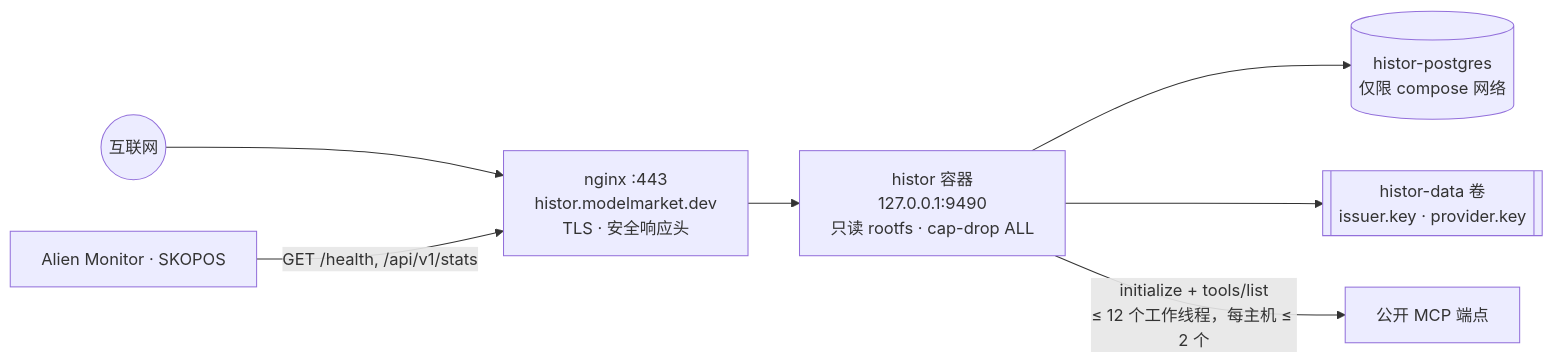
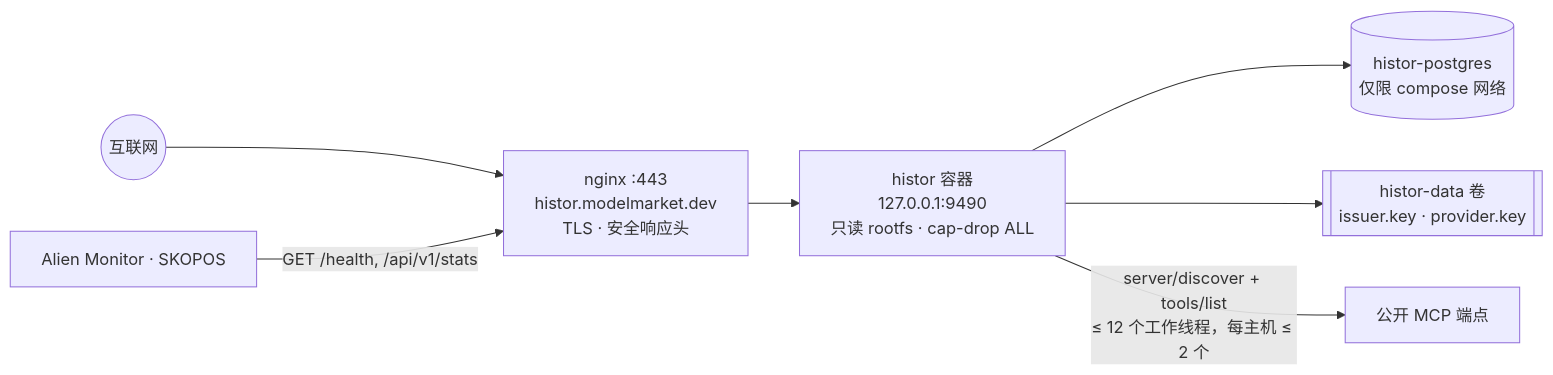
Before and after one commit to alexar76/histor: the first of 3 diagrams in docs/operations.zh.md, drawn with Mermaid. The commit also changed other lines of this file and 78 other files, not shown here.

````diff
--- a/docs/operations.zh.md
+++ b/docs/operations.zh.md
@@ -7,9 +7,9 @@
 ```mermaid
 flowchart LR
     NET(("互联网")) --> NGINX["nginx :443<br/>histor.modelmarket.dev<br/>TLS · 安全响应头"]
     NGINX --> APP["histor 容器<br/>127.0.0.1:9490<br/>只读 rootfs · cap-drop ALL"]
     APP --> PG[("histor-postgres<br/>仅限 compose 网络")]
     APP --> VOL[["histor-data 卷<br/>issuer.key · provider.key"]]
-    APP -- "initialize + tools/list<br/>≤ 12 个工作线程，每主机 ≤ 2 个" --> MCP["公开 MCP 端点"]
+    APP -- "server/discover + tools/list<br/>≤ 12 个工作线程，每主机 ≤ 2 个" --> MCP["公开 MCP 端点"]
     MON["Alien Monitor · SKOPOS"] -- "GET /health, /api/v1/stats" --> NGINX
 ```
````
